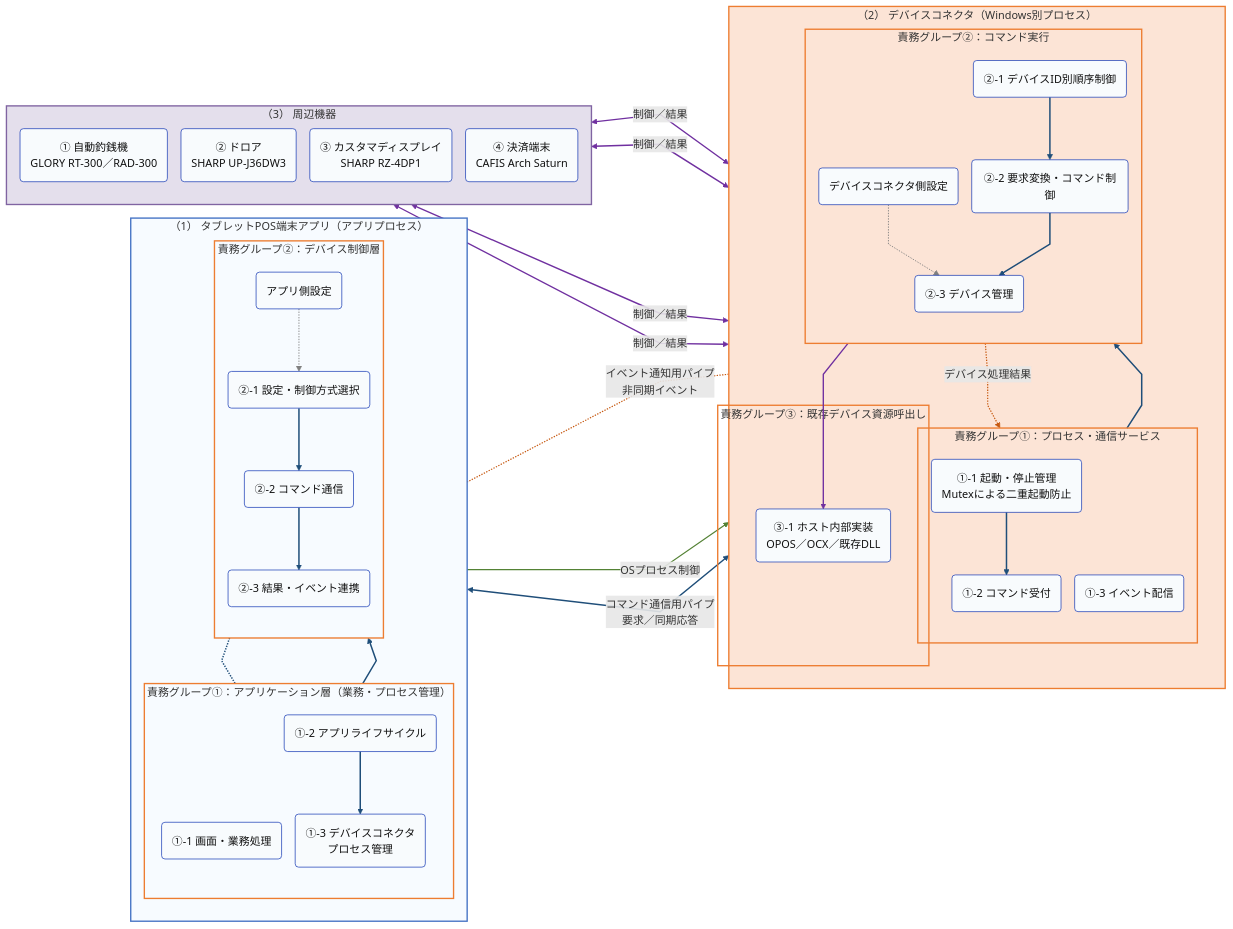
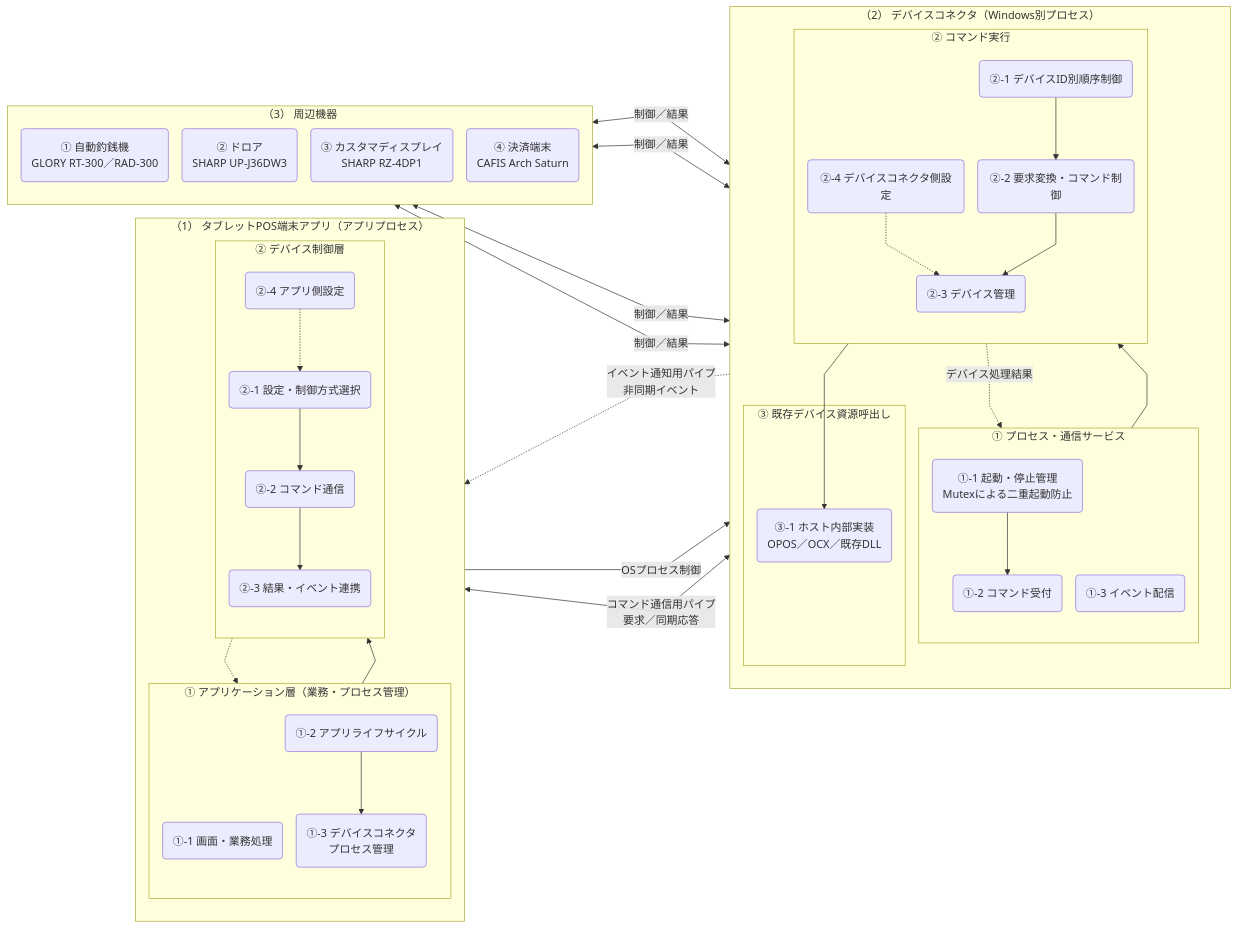
One commit to vti-sam/smj-ks-pos-stored changed the second of 3 diagrams in artifacts/reports/architecture/ARCH-HOST-01_タブレットPOS_デバイスコネクタ基本設計書/ARCH-HOST-01_タブレットPOS_デバイスコネクタ基本設計書.md. Above: the diagram before and after it, drawn with Mermaid. The commit also changed other lines of this file and 58 other files, not shown here.

````diff
--- a/artifacts/reports/architecture/ARCH-HOST-01_タブレットPOS_デバイスコネクタ基本設計書/ARCH-HOST-01_タブレットPOS_デバイスコネクタ基本設計書.md
+++ b/artifacts/reports/architecture/ARCH-HOST-01_タブレットPOS_デバイスコネクタ基本設計書/ARCH-HOST-01_タブレットPOS_デバイスコネクタ基本設計書.md
@@ -254,47 +260,64 @@
 ```mermaid
 %%{init: {"flowchart": {"defaultRenderer": "dagre", "curve": "linear", "nodeSpacing": 20, "rankSpacing": 42}}}%%
 flowchart RL
+    %% legend-bind container=責務グループ（責務領域内の内枠）
+    %% legend-bind container.APP=（1）タブレットPOS端末アプリ
+    %% legend-bind container.HOST=（2）デバイスコネクタ
+    %% legend-bind container.DEVICE=（3）周辺機器
+    %% legend-bind class.component=角丸ブロック
+    %% legend-bind edge.default=━━▶ 主処理
+    %% legend-bind edge.1=┈┈▶ 設定参照
+    %% legend-bind edge.7=┈┈▶ 設定参照
+    %% legend-bind edge.12=┄┄▶ 非同期イベント
+    %% legend-bind edge.13=━━▶ ライフサイクル
+    %% legend-bind edge.14=◀━━▶ コマンド通信
+    %% legend-bind edge.15=┄┄▶ 非同期イベント
+    %% legend-bind edge.16=◀━━▶ 実機制御
+    %% legend-bind edge.17=◀━━▶ 実機制御
+    %% legend-bind edge.18=◀━━▶ 実機制御
+    %% legend-bind edge.19=◀━━▶ 実機制御
+    %% legend-bind label=コネクターラベル
     subgraph APP["（1） タブレットPOS端末アプリ（アプリプロセス）"]
         direction TB
-        subgraph APP_COORD["責務グループ①：アプリケーション層（業務・プロセス管理）"]
+        subgraph APP_COORD["① アプリケーション層（業務・プロセス管理）"]
             direction TB
             BUSINESS("①-1 画面・業務処理")
             LIFECYCLE("①-2 アプリライフサイクル")
             PROCESS("①-3 デバイスコネクタ<br/>プロセス管理")
             LIFECYCLE --> PROCESS
         end
-        subgraph APP_ACCESS["責務グループ②：デバイス制御層"]
+        subgraph APP_ACCESS["② デバイス制御層"]
             direction TB
-            APP_SETTING("アプリ側設定")
             SELECT("②-1 設定・制御方式選択")
             COMMAND("②-2 コマンド通信")
             RESULT("②-3 結果・イベント連携")
+            APP_SETTING("②-4 アプリ側設定")
             APP_SETTING -.-> SELECT
             SELECT --> COMMAND --> RESULT
         end
         BUSINESS --> SELECT
-        RESULT -.- BUSINESS
+        RESULT -.-> BUSINESS
     end
 
     subgraph HOST["（2） デバイスコネクタ（Windows別プロセス）"]
         direction TB
-        subgraph HOST_SERVICE["責務グループ①：プロセス・通信サービス"]
+        subgraph HOST_SERVICE["① プロセス・通信サービス"]
             direction TB
             RUNTIME("①-1 起動・停止管理<br/>Mutexによる二重起動防止")
             SERVER("①-2 コマンド受付")
             EVENT("①-3 イベント配信")
             RUNTIME --> SERVER
         end
-        subgraph HOST_EXEC["責務グループ②：コマンド実行"]
+        subgraph HOST_EXEC["② コマンド実行"]
             direction TB
-            HOST_SETTING("デバイスコネクタ側設定")
             ORDER("②-1 デバイスID別順序制御")
             CONTROL("②-2 要求変換・コマンド制御")
             MANAGER("②-3 デバイス管理")
+            HOST_SETTING("②-4 デバイスコネクタ側設定")
             HOST_SETTING -.-> MANAGER
             ORDER --> CONTROL --> MANAGER
         end
-        subgraph HOST_ADAPTER["責務グループ③：既存デバイス資源呼出し"]
+        subgraph HOST_ADAPTER["③ 既存デバイス資源呼出し"]
             ADAPTER("③-1 ホスト内部実装<br/>OPOS／OCX／既存DLL")
         end
         SERVER --> ORDER
@@ -312,25 +335,11 @@
 
     PROCESS -->|OSプロセス制御| RUNTIME
     COMMAND <-->|コマンド通信用パイプ<br/>要求／同期応答| SERVER
-    EVENT -.-|イベント通知用パイプ<br/>非同期イベント| RESULT
+    EVENT -.->|イベント通知用パイプ<br/>非同期イベント| RESULT
     ADAPTER <-->|制御／結果| CASH
     ADAPTER <-->|制御／結果| DRAWER
     ADAPTER <-->|制御／結果| DISPLAY
     ADAPTER <-->|制御／結果| PAYMENT
 
-    classDef component fill:#F8FBFD,stroke:#0D32B2,color:#111111
     class BUSINESS,LIFECYCLE,PROCESS,APP_SETTING,SELECT,COMMAND,RESULT,RUNTIME,SERVER,EVENT,HOST_SETTING,ORDER,CONTROL,MANAGER,ADAPTER,CASH,DRAWER,DISPLAY,PAYMENT component
-    style APP fill:#F7FBFF,stroke:#4472C4,stroke-width:2px
-    style APP_COORD fill:none,stroke:#ED7D31,stroke-width:2px
-    style APP_ACCESS fill:none,stroke:#ED7D31,stroke-width:2px
-    style HOST fill:#FCE4D6,stroke:#ED7D31,stroke-width:2px
-    style HOST_SERVICE fill:none,stroke:#ED7D31,stroke-width:2px
-    style HOST_EXEC fill:none,stroke:#ED7D31,stroke-width:2px
-    style HOST_ADAPTER fill:none,stroke:#ED7D31,stroke-width:2px
-    style DEVICE fill:#E4DFEC,stroke:#8064A2,stroke-width:2px
-    linkStyle 0,2,3,4,5,6,8,9,10,14 stroke:#1F4E79,stroke-width:2.2px
-    linkStyle 1,7 stroke:#7F7F7F,stroke-width:1.3px
-    linkStyle 12,15 stroke:#C65911,stroke-width:1.8px
-    linkStyle 13 stroke:#548235,stroke-width:1.8px
-    linkStyle 11,16,17,18,19 stroke:#7030A0,stroke-width:2px
 ```
````
